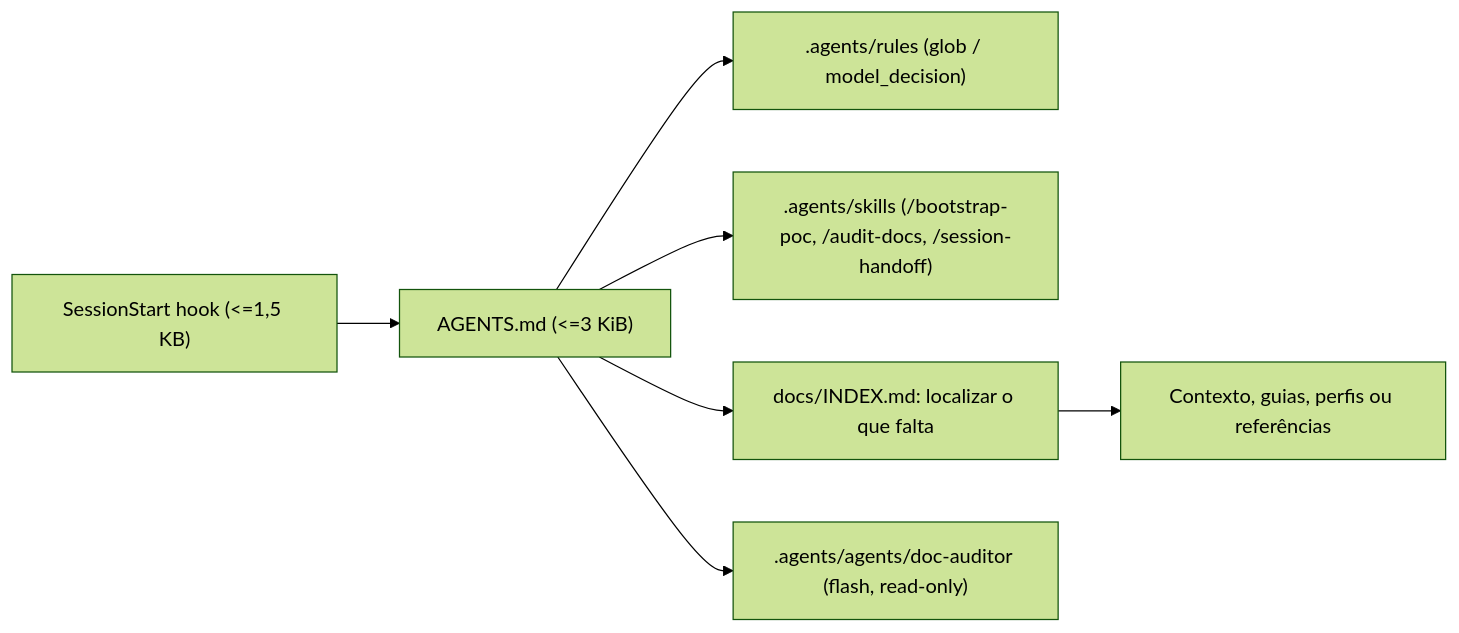
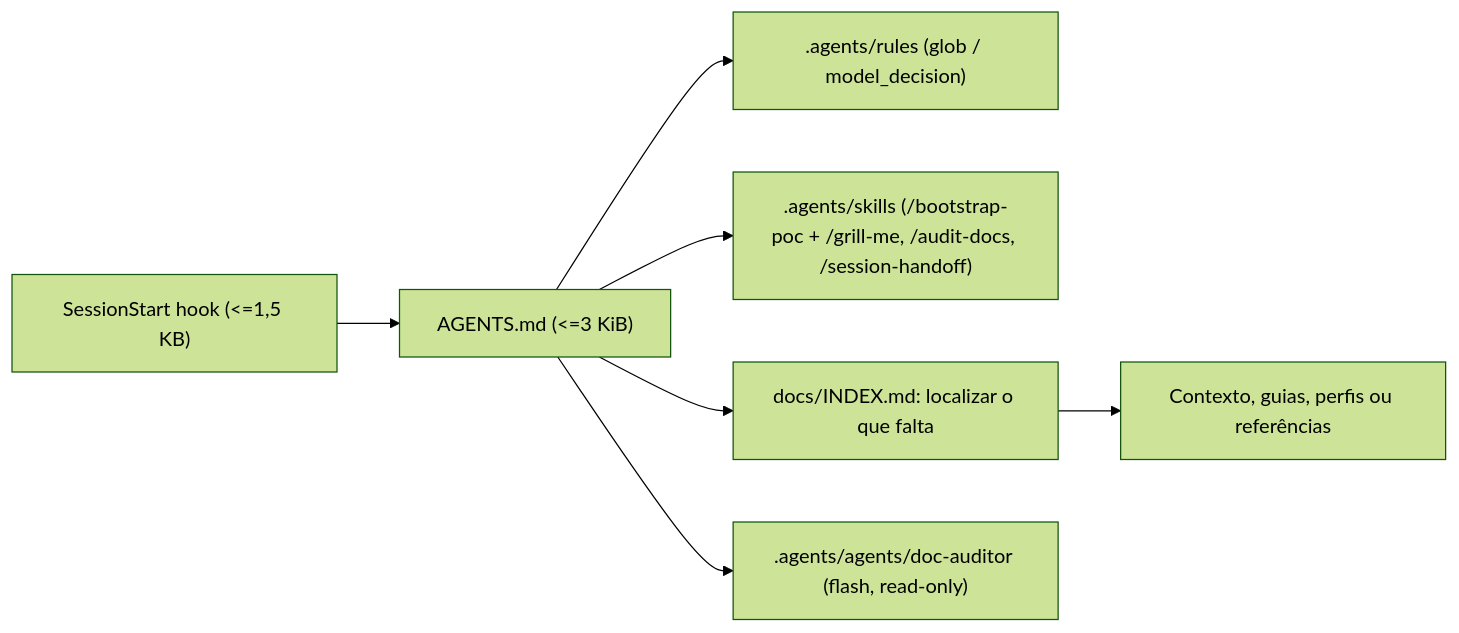
The diagram in README.md (CaioHVectorA/gravicodex-template), drawn with Mermaid (forest theme) before and after one commit. The commit also changed other lines of this file and 8 other files, not shown here.

````diff
--- a/README.md
+++ b/README.md
@@ -20,9 +26,9 @@
 ```mermaid
 flowchart LR
     H["SessionStart hook (<=1,5 KB)"] --> A["AGENTS.md (<=3 KiB)"]
     A --> R[".agents/rules (glob / model_decision)"]
-    A --> S[".agents/skills (/bootstrap-poc, /audit-docs, /session-handoff)"]
+    A --> S[".agents/skills (/bootstrap-poc + /grill-me, /audit-docs, /session-handoff)"]
     A --> I["docs/INDEX.md: localizar o que falta"]
     I --> D["Contexto, guias, perfis ou referências"]
     A --> SA[".agents/agents/doc-auditor (flash, read-only)"]
 ```
````
